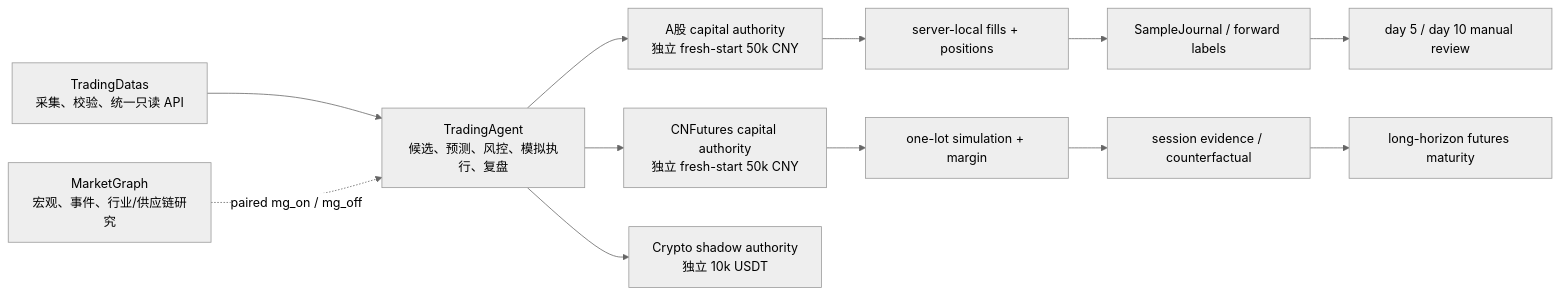
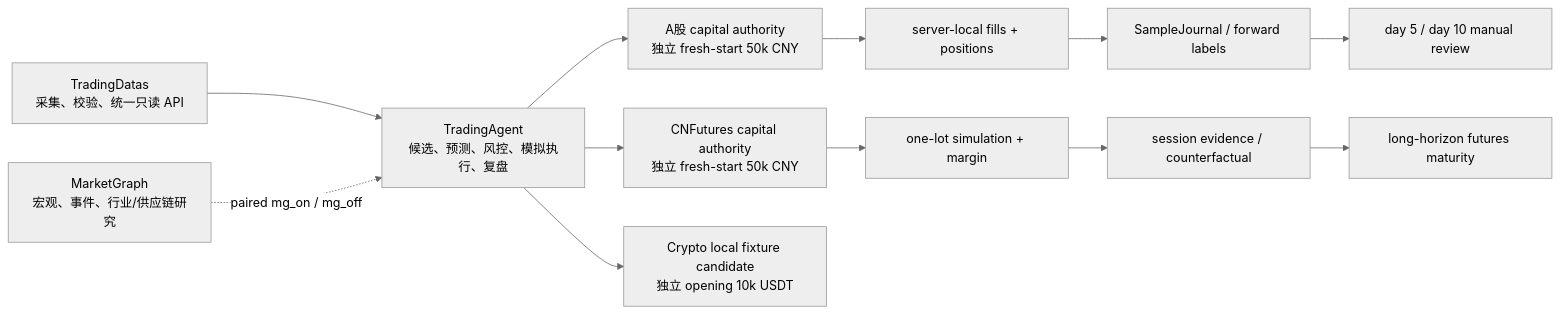
Before and after one commit to NicholasHan1226/Tradingagent.cc: the first of 3 diagrams in docs/architecture.md, drawn with Mermaid (neutral theme). The commit also changed other lines of this file and 63 other files, not shown here.

Commit message:
feat(crypto): isolate fixture simulation authority

````diff
--- a/docs/architecture.md
+++ b/docs/architecture.md
@@ -15,14 +15,14 @@
 ```mermaid
 flowchart LR
     TD["TradingDatas\n采集、校验、统一只读 API"] --> TA["TradingAgent\n候选、预测、风控、模拟执行、复盘"]
     MG["MarketGraph\n宏观、事件、行业/供应链研究"] -. "paired mg_on / mg_off" .-> TA
     TA --> AC["A股 capital authority\n独立 fresh-start 50k CNY"]
     TA --> FC["CNFutures capital authority\n独立 fresh-start 50k CNY"]
-    TA --> CC["Crypto shadow authority\n独立 10k USDT"]
+    TA --> CC["Crypto local fixture candidate\n独立 opening 10k USDT"]
     AC --> AE["server-local fills + positions"]
     FC --> FE["one-lot simulation + margin"]
     AE --> SJ["SampleJournal / forward labels"]
     FE --> FS["session evidence / counterfactual"]
     SJ --> AM["day 5 / day 10 manual review"]
     FS --> FM["long-horizon futures maturity"]
 ```
````
